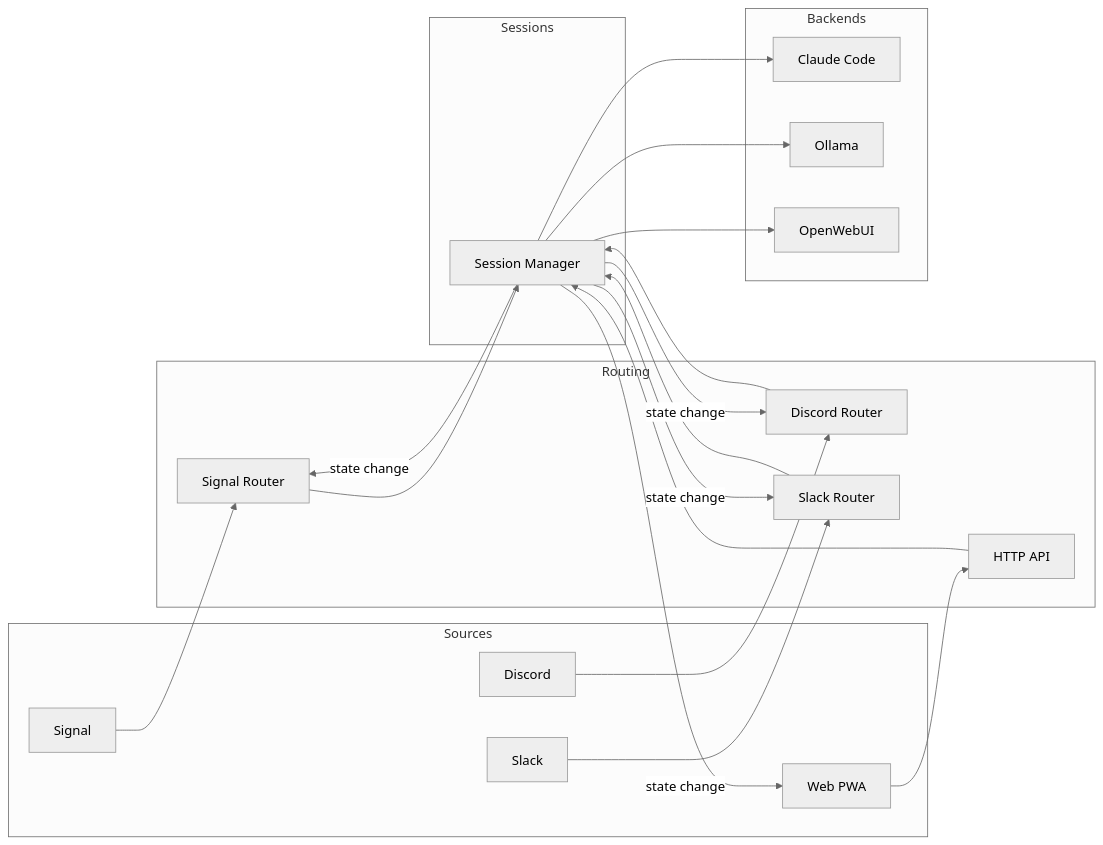
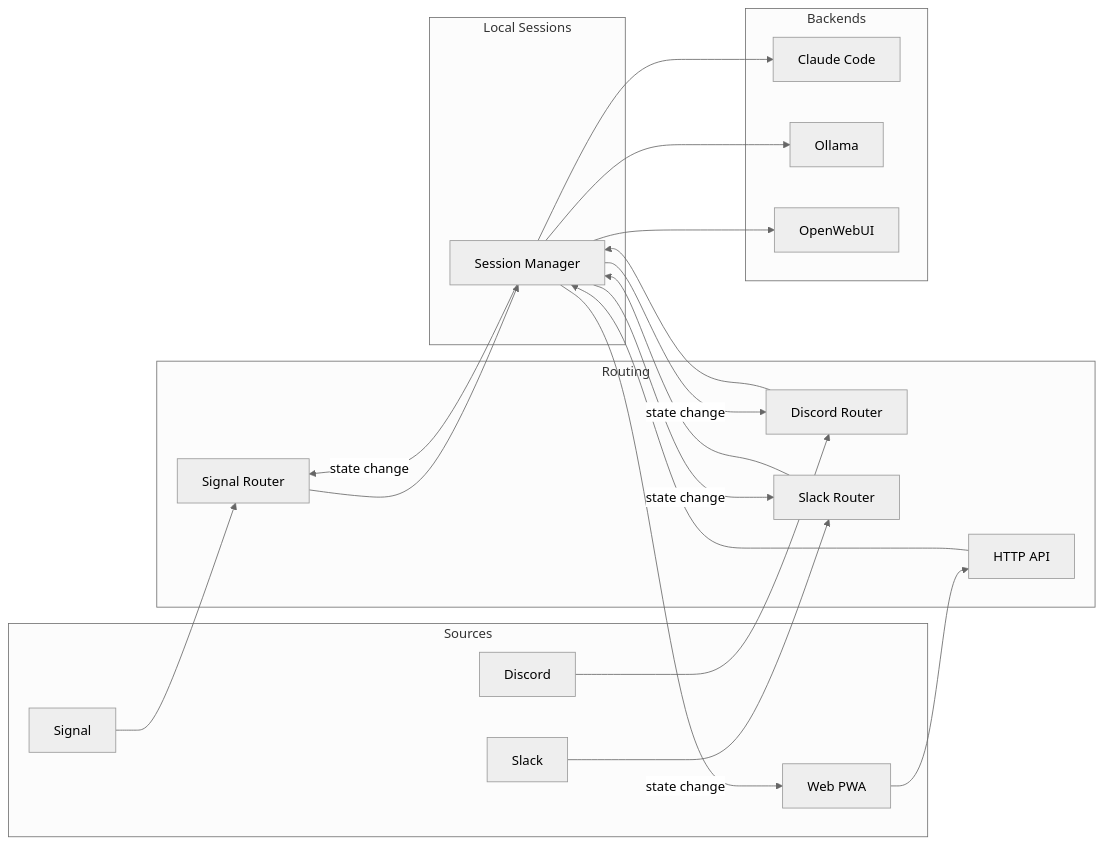
The first of 2 diagrams in docs/flow/multi-source-flow.md (dmz006/datawatch), drawn with Mermaid (neutral theme) before and after one commit. The commit also changed other lines of this file and 18 other files, not shown here.

First line of the commit message:
docs: comprehensive F16 proxy documentation and flow diagram restructure

````diff
--- a/docs/flow/multi-source-flow.md
+++ b/docs/flow/multi-source-flow.md
@@ -3,37 +3,37 @@
 ```mermaid
 flowchart LR
     subgraph Sources
         S[Signal]
         D[Discord]
         SL[Slack]
         W[Web PWA]
     end
     subgraph Routing
         SR[Signal Router]
         DR[Discord Router]
         SLR[Slack Router]
         API[HTTP API]
     end
-    subgraph Sessions
+    subgraph "Local Sessions"
         M[Session Manager]
     end
     subgraph Backends
         CC[Claude Code]
         OL[Ollama]
         OW[OpenWebUI]
     end
 
     S --> SR --> M
     D --> DR --> M
     SL --> SLR --> M
     W --> API --> M
 
     M --> CC
     M --> OL
     M --> OW
 
     M -->|state change| SR
     M -->|state change| DR
     M -->|state change| SLR
     M -->|state change| W
 ```
````
